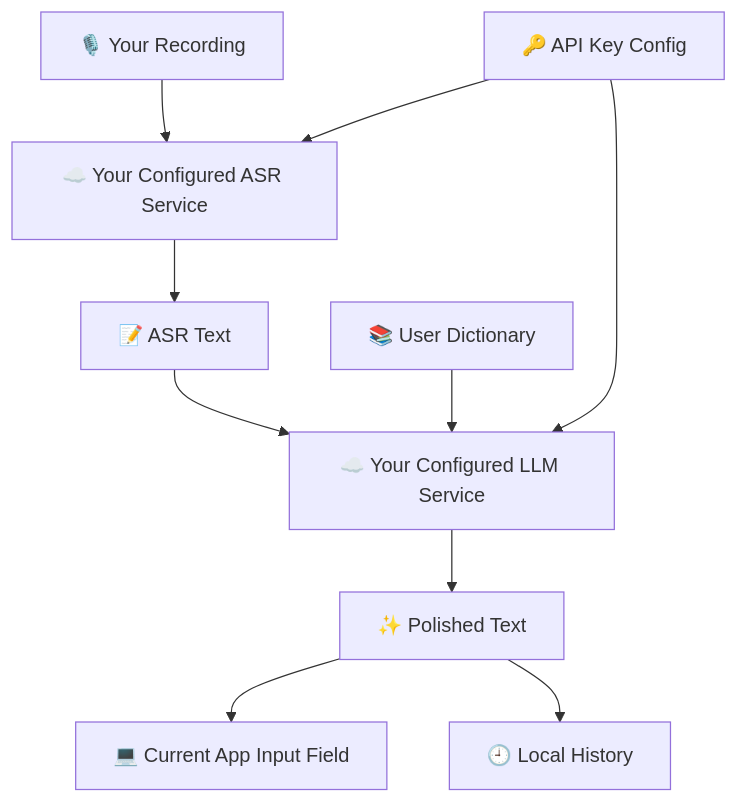
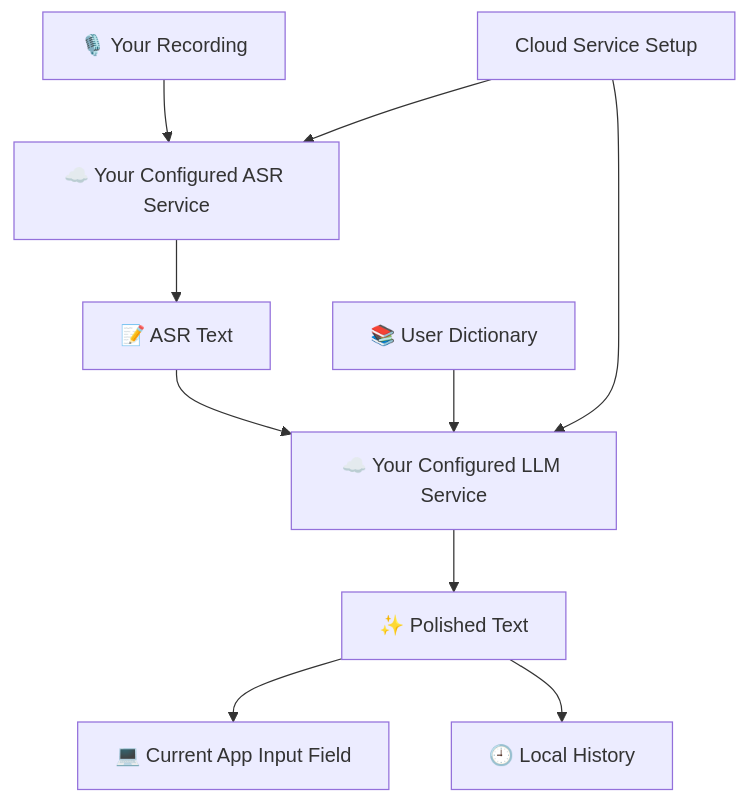
One commit to EthanYoQ/whisper-input changed the fourth of 5 diagrams in README.en.md. Above: the diagram before and after it, drawn with Mermaid. The commit also changed other lines of this file and 8 other files, not shown here.

````diff
--- a/README.en.md
+++ b/README.en.md
@@ -215,12 +237,12 @@
 ```mermaid
 flowchart TB
   A["🎙️ Your Recording"] --> B["☁️ Your Configured ASR Service"]
   B --> C["📝 ASR Text"]
   C --> D["☁️ Your Configured LLM Service"]
   D --> E["✨ Polished Text"]
   E --> F["💻 Current App Input Field"]
   E --> G["🕘 Local History"]
   H["📚 User Dictionary"] --> D
-  I["🔑 API Key Config"] --> B
+  I["Cloud Service Setup"] --> B
   I --> D
 ```
````
